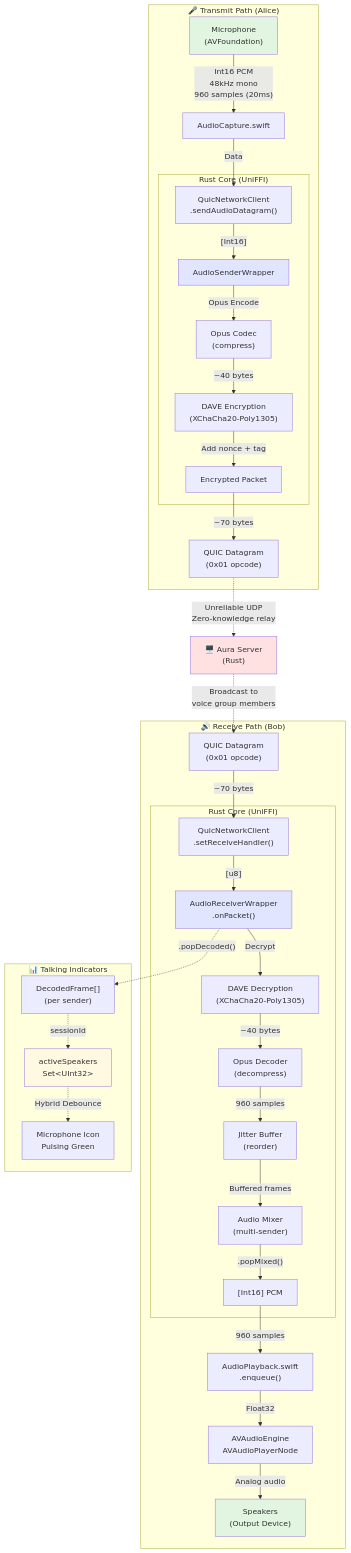
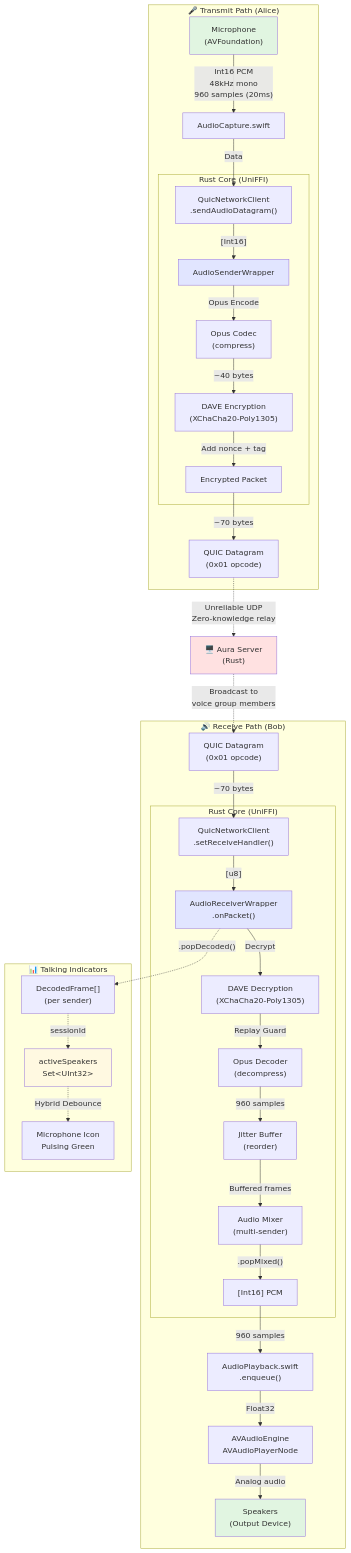
One commit to klobucar/aura changed the diagram in docs/diagrams/04_audio_pipeline.md. Above: the diagram before and after it, drawn with Mermaid. The commit also changed other lines of this file and 9 other files, not shown here.

````diff
--- a/docs/diagrams/04_audio_pipeline.md
+++ b/docs/diagrams/04_audio_pipeline.md
@@ -5,50 +5,50 @@
 ```mermaid
 flowchart TB
     subgraph Transmit ["🎤 Transmit Path (Alice)"]
         Mic["Microphone<br/>(AVFoundation)"] -->|"Int16 PCM<br/>48kHz mono<br/>960 samples (20ms)"| AC["AudioCapture.swift"]
         AC -->|"Data"| QNC1["QuicNetworkClient<br/>.sendAudioDatagram()"]
         
         subgraph RustTx ["Rust Core (UniFFI)"]
             QNC1 -->|"[Int16]"| ASW["AudioSenderWrapper"]
             ASW -->|"Opus Encode"| OPUS1["Opus Codec<br/>(compress)"]
             OPUS1 -->|"~40 bytes"| DAVE1["DAVE Encryption<br/>(XChaCha20-Poly1305)"]
             DAVE1 -->|"Add nonce + tag"| PKT1["Encrypted Packet"]
         end
         
         PKT1 -->|"~70 bytes"| NET1["QUIC Datagram<br/>(0x01 opcode)"]
     end
     
     NET1 -.->|"Unreliable UDP<br/>Zero-knowledge relay"| SERVER["🖥️ Aura Server<br/>(Rust)"]
     
     SERVER -.->|"Broadcast to<br/>voice group members"| NET2["QUIC Datagram<br/>(0x01 opcode)"]
     
     subgraph Receive ["🔊 Receive Path (Bob)"]
         NET2 -->|"~70 bytes"| QNC2["QuicNetworkClient<br/>.setReceiveHandler()"]
         
         subgraph RustRx ["Rust Core (UniFFI)"]
             QNC2 -->|"[u8]"| ARW["AudioReceiverWrapper<br/>.onPacket()"]
             ARW -->|"Decrypt"| DAVE2["DAVE Decryption<br/>(XChaCha20-Poly1305)"]
-            DAVE2 -->|"~40 bytes"| OPUS2["Opus Decoder<br/>(decompress)"]
+            DAVE2 -->|"Replay Guard"| OPUS2["Opus Decoder<br/>(decompress)"]
             OPUS2 -->|"960 samples"| JB["Jitter Buffer<br/>(reorder)"]
             JB -->|"Buffered frames"| MIX["Audio Mixer<br/>(multi-sender)"]
             MIX -->|".popMixed()"| MIXED["[Int16] PCM"]
         end
         
         MIXED -->|"960 samples"| AP["AudioPlayback.swift<br/>.enqueue()"]
         AP -->|"Float32"| AVE["AVAudioEngine<br/>AVAudioPlayerNode"]
         AVE -->|"Analog audio"| SPK["Speakers<br/>(Output Device)"]
     end
     
     subgraph Indicators ["📊 Talking Indicators"]
         ARW -.->|".popDecoded()"| DEC["DecodedFrame[]<br/>(per sender)"]
         DEC -.->|"sessionId"| AS["activeSpeakers<br/>Set&lt;UInt32&gt;"]
         AS -.->|"Hybrid Debounce"| UI["Microphone Icon<br/>Pulsing Green"]
     end
 
     style Mic fill:#e1f5e1
     style SPK fill:#e1f5e1
     style SERVER fill:#ffe1e1
     style ASW fill:#e1e5ff
     style ARW fill:#e1e5ff
     style AS fill:#fff9e1
 ```
````
